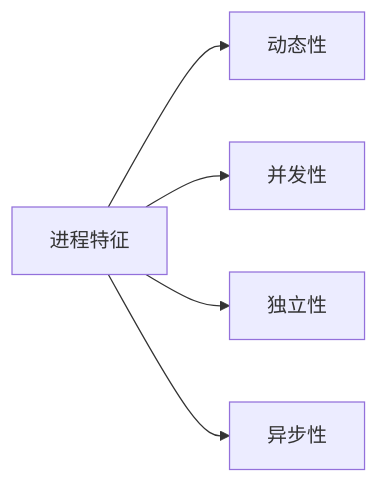
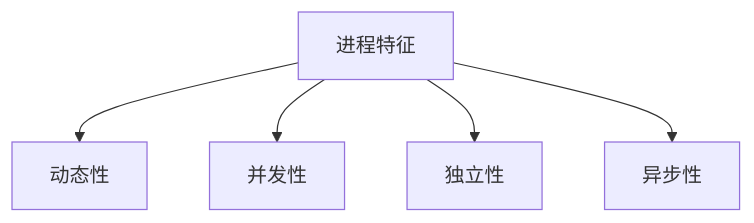
The first of 4 diagrams in source/_posts/进程同步之生产者与消费者关系.md (srcrs/srcrs.github.io), drawn with Mermaid before and after one commit.

Commit message:
修改

````diff
--- a/source/_posts/进程同步之生产者与消费者关系.md
+++ b/source/_posts/进程同步之生产者与消费者关系.md
@@ -23,7 +23,7 @@
 ```mermaid
-graph LR
+graph TB
 data[进程特征] --> 1[动态性]
 data --> 2[并发性]
 data --> 3[独立性]
 data --> 4[异步性]
 ```
````
